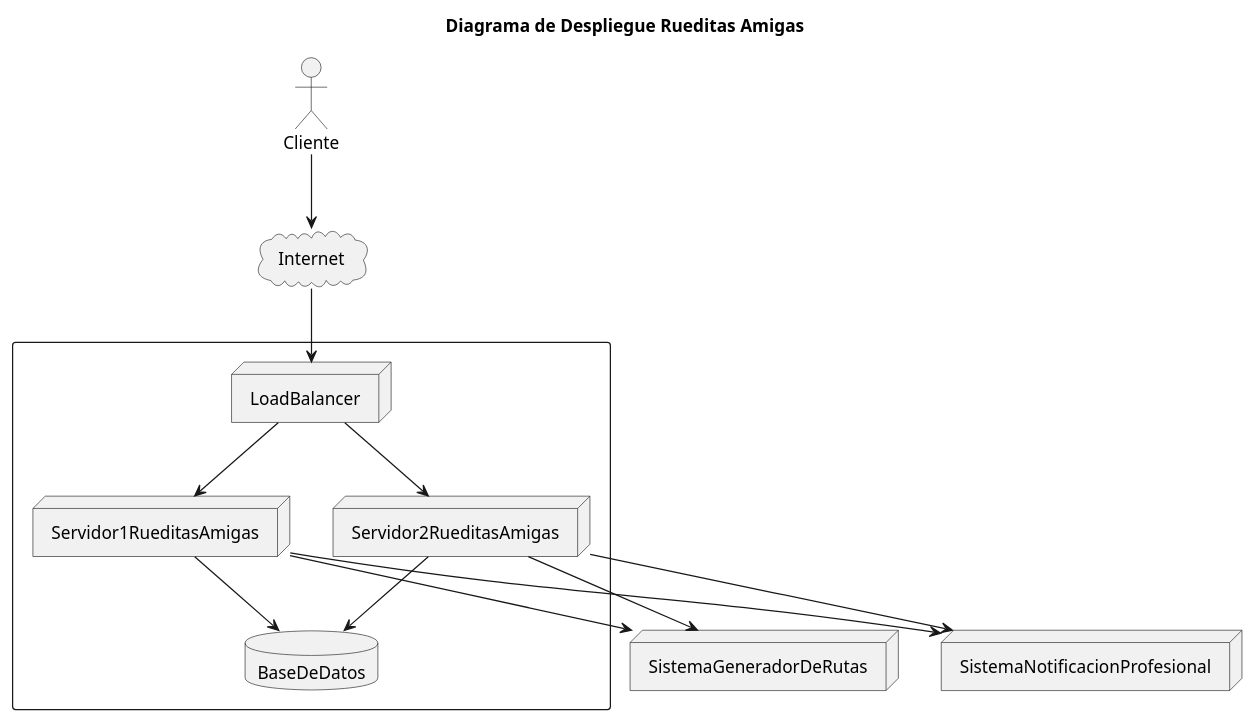
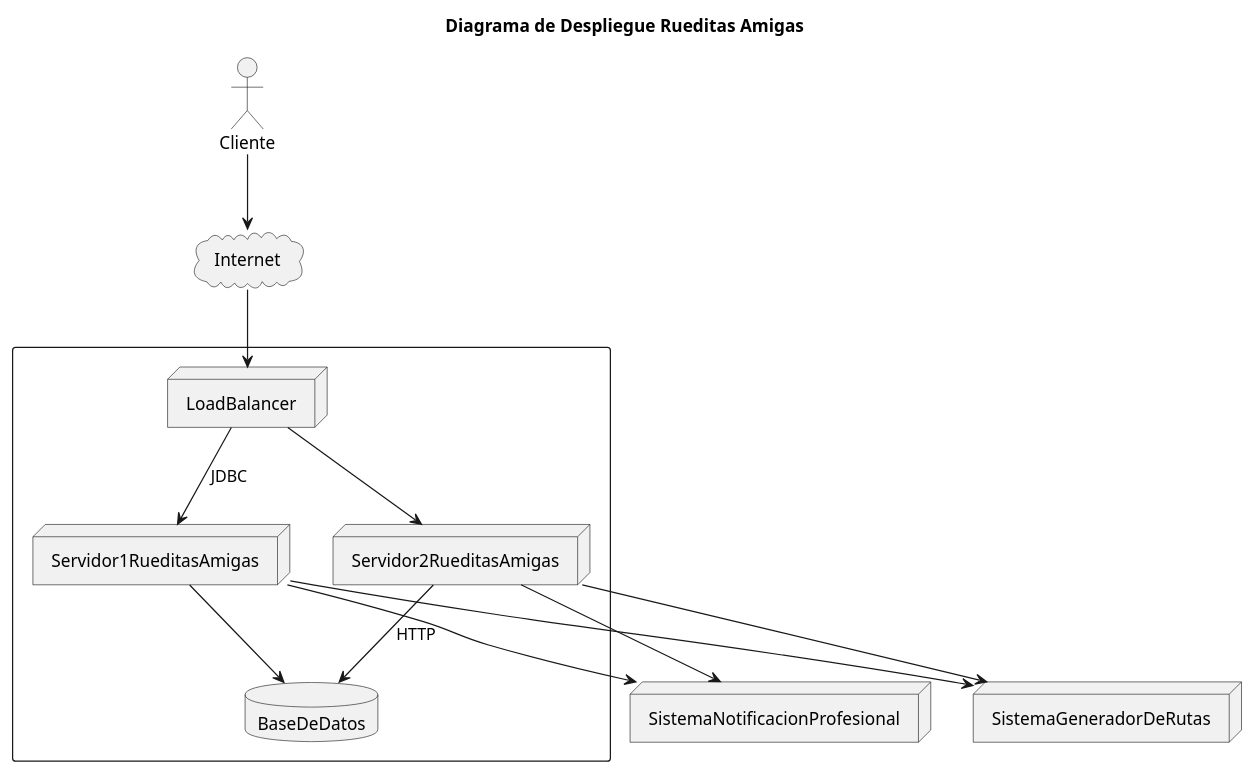
One commit to lrizzitano/RueditasAmigasDespliegue changed the diagram in diagrams/DiagramaDeDespliegue.puml. Above: the diagram before and after it, drawn with PlantUML. The commit also changed 1 other file, not shown here.

```diff
--- a/diagrams/DiagramaDeDespliegue.puml
+++ b/diagrams/DiagramaDeDespliegue.puml
@@ -1,31 +1,31 @@
 @startuml
 'https://plantuml.com/deployment-diagram
 
 title Diagrama de Despliegue Rueditas Amigas
 
 node "SistemaGeneradorDeRutas"
 actor "Cliente"
 cloud "Internet"
 node "SistemaNotificacionProfesional"
 
 
 rectangle  {
 node "LoadBalancer"
 node "Servidor1RueditasAmigas"
 node "Servidor2RueditasAmigas"
 database "BaseDeDatos"
 }
 
-"LoadBalancer" --> "Servidor1RueditasAmigas"
+"LoadBalancer" --> "Servidor1RueditasAmigas" : "JDBC"
 "LoadBalancer" --> "Servidor2RueditasAmigas"
 "Servidor1RueditasAmigas" --> "BaseDeDatos"
-"Servidor2RueditasAmigas" --> "BaseDeDatos"
+"Servidor2RueditasAmigas" --> "BaseDeDatos" : "HTTP"
 "Servidor1RueditasAmigas" --> "SistemaNotificacionProfesional"
 "Servidor2RueditasAmigas" --> "SistemaNotificacionProfesional"
 "Servidor1RueditasAmigas" --> "SistemaGeneradorDeRutas"
 "Servidor2RueditasAmigas" --> "SistemaGeneradorDeRutas"
 "Cliente" --> "Internet"
 "Internet" --> "LoadBalancer"
 
 
 @enduml
```
